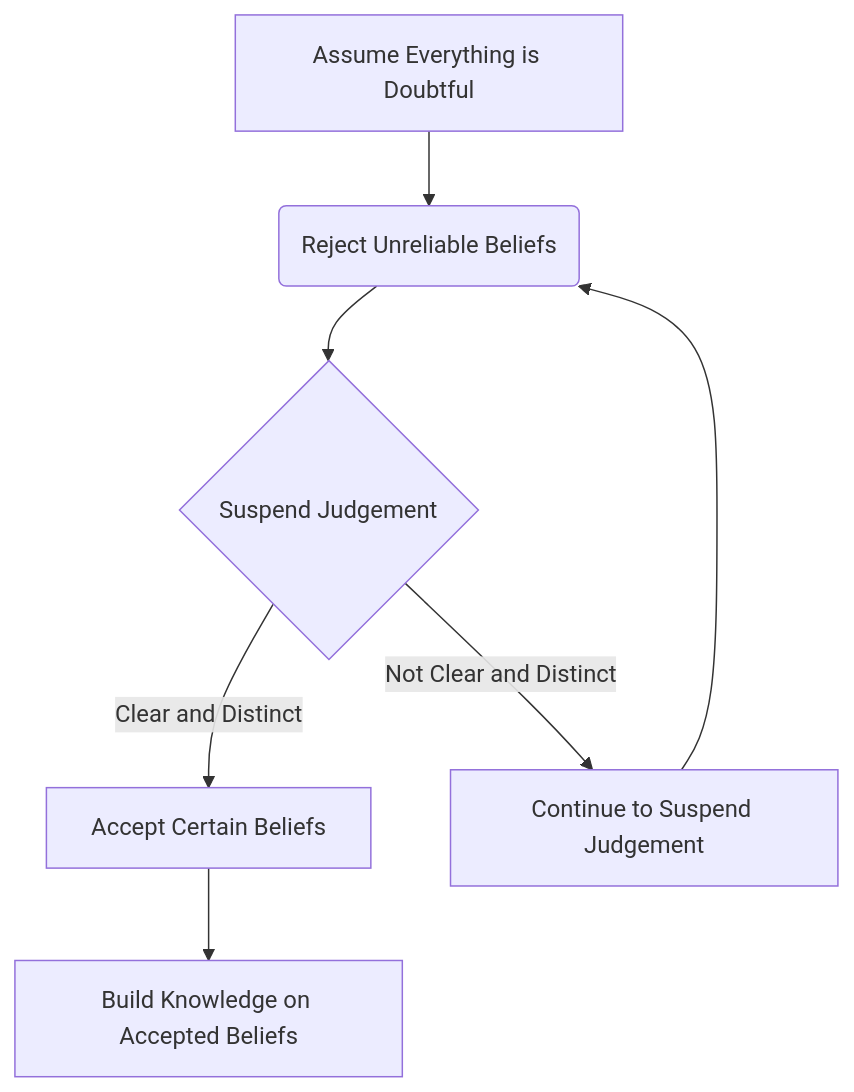
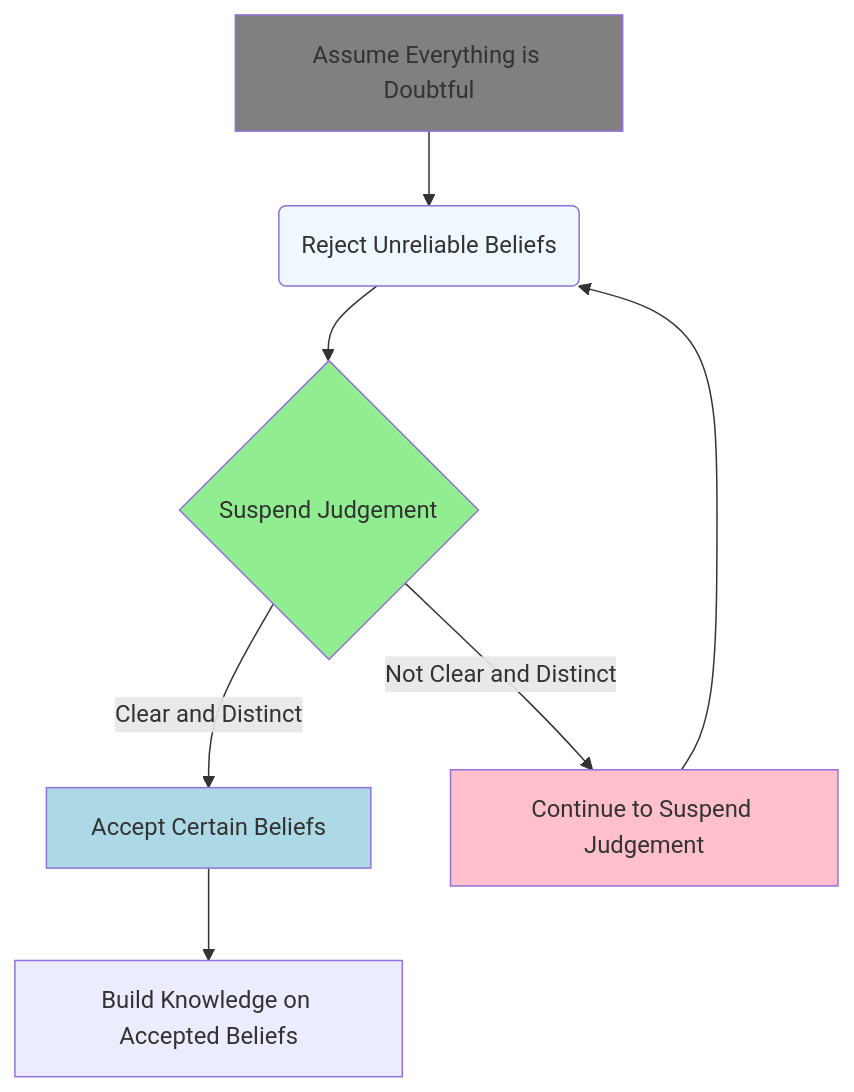
The diagram in docs/dysfunction.md (shane0/shane0.github.io), drawn with Mermaid before and after one commit. The commit also changed other lines of this file and 15 other files, not shown here.

````diff
--- a/docs/dysfunction.md
+++ b/docs/dysfunction.md
@@ -15,9 +15,14 @@
 ```mermaid
 graph TD
 A[Assume Everything is Doubtful] --> B(Reject Unreliable Beliefs)
 B --> C{Suspend Judgement}
 C -->|Clear and Distinct| D[Accept Certain Beliefs]
 C -->|Not Clear and Distinct| E[Continue to Suspend Judgement]
 E --> B
 D --> F[Build Knowledge on Accepted Beliefs]
+style A fill: grey
+style B fill: aliceblue
+style C fill: lightgreen
+style D fill: lightblue
+style E fill: pink
 ```
````
